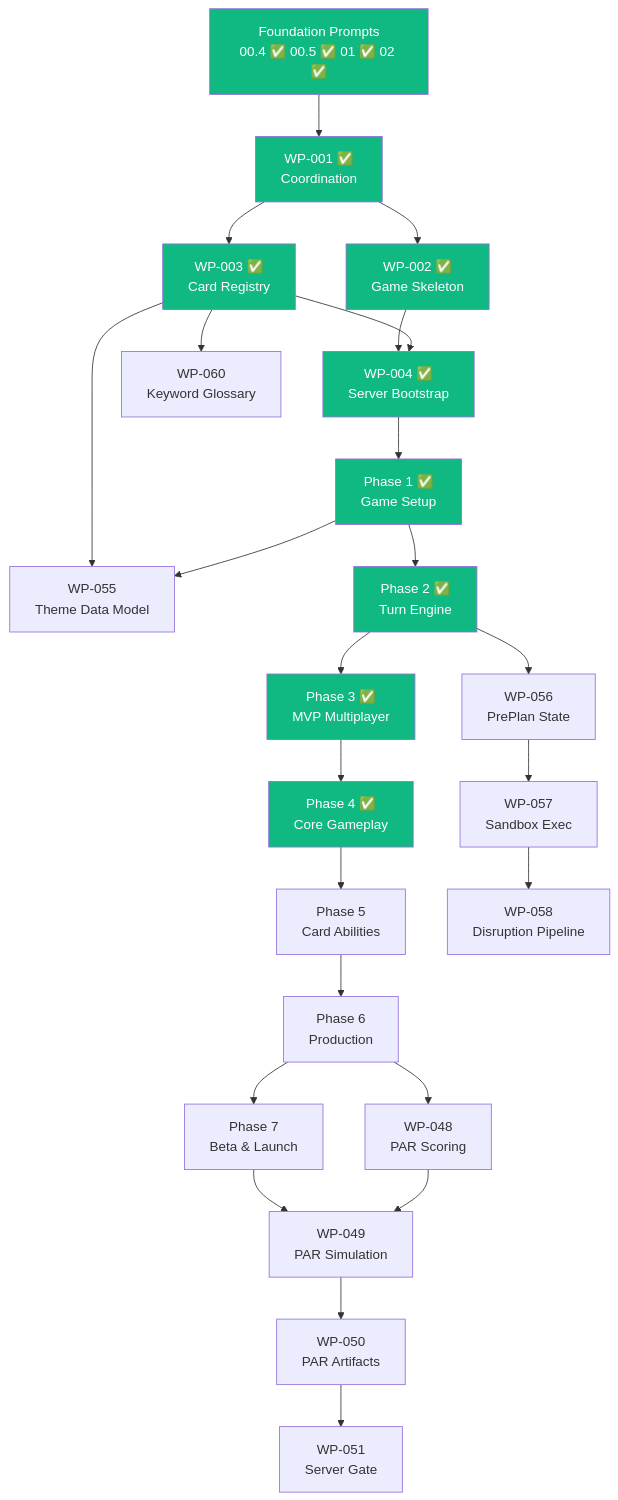
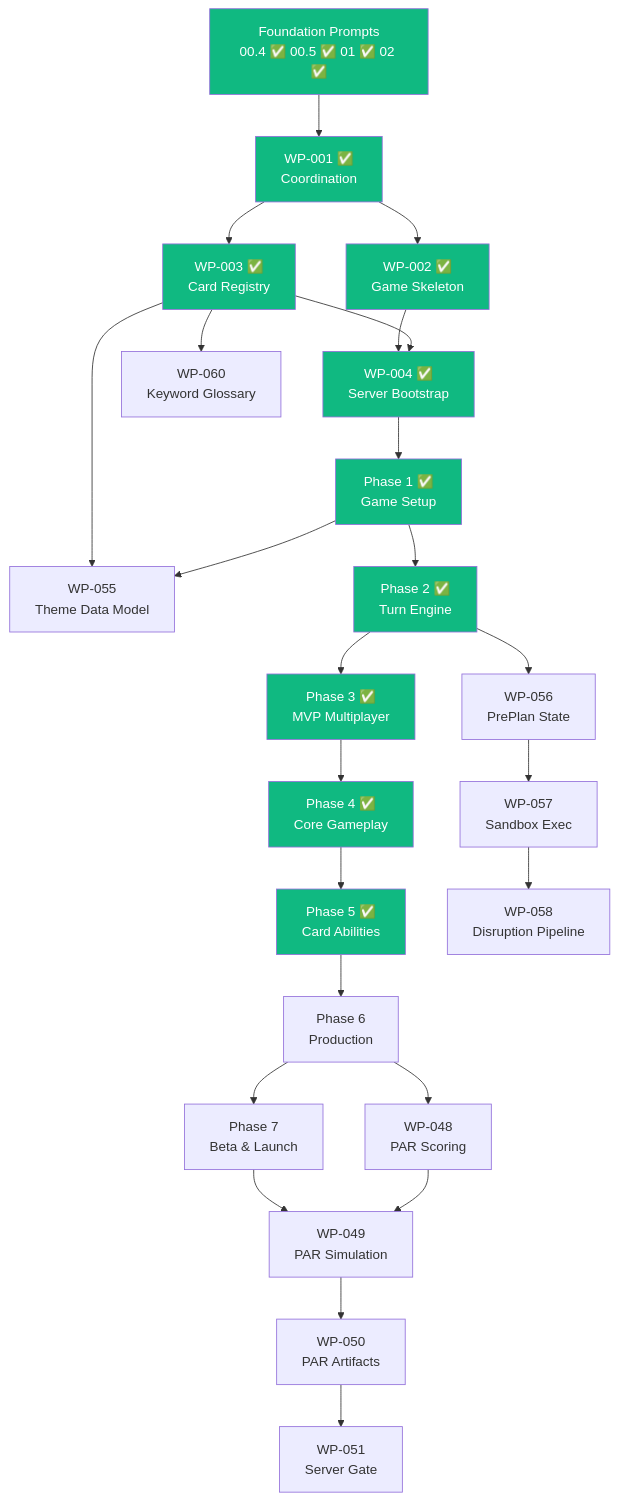
One commit to barefootbetters/legendary-arena changed the diagram in docs/05-ROADMAP.md. Above: the diagram before and after it, drawn with Mermaid. The commit also changed other lines of this file, not shown here.

Commit message:
SPEC: update roadmap for Phase 5 completion (WP-021 through WP-026, 314 tests)

````diff
--- a/docs/05-ROADMAP.md
+++ b/docs/05-ROADMAP.md
@@ -211,35 +219,36 @@
 ```mermaid
 flowchart TD
     FP["Foundation Prompts\n00.4 ✅ 00.5 ✅ 01 ✅ 02 ✅"] --> WP001["WP-001 ✅\nCoordination"]
     WP001 --> WP002["WP-002 ✅\nGame Skeleton"]
     WP001 --> WP003["WP-003 ✅\nCard Registry"]
     WP002 --> WP004["WP-004 ✅\nServer Bootstrap"]
     WP003 --> WP004
     WP003 --> WP055["WP-055\nTheme Data Model"]
     WP003 --> WP060["WP-060\nKeyword Glossary"]
     WP004 --> Phase1["Phase 1 ✅\nGame Setup"]
     Phase1 --> WP055
     Phase1 --> Phase2["Phase 2 ✅\nTurn Engine"]
     Phase2 --> Phase3["Phase 3 ✅\nMVP Multiplayer"]
     Phase3 --> Phase4["Phase 4 ✅\nCore Gameplay"]
-    Phase4 --> Phase5["Phase 5\nCard Abilities"]
+    Phase4 --> Phase5["Phase 5 ✅\nCard Abilities"]
     Phase5 --> Phase6["Phase 6\nProduction"]
     Phase6 --> Phase7["Phase 7\nBeta & Launch"]
     Phase6 --> WP048["WP-048\nPAR Scoring"]
     Phase7 --> WP049["WP-049\nPAR Simulation"]
     WP048 --> WP049
     WP049 --> WP050["WP-050\nPAR Artifacts"]
     WP050 --> WP051["WP-051\nServer Gate"]
     Phase2 --> WP056["WP-056\nPrePlan State"]
     WP056 --> WP057["WP-057\nSandbox Exec"]
     WP057 --> WP058["WP-058\nDisruption Pipeline"]
     style FP fill:#10b981,color:#fff
     style WP001 fill:#10b981,color:#fff
     style WP002 fill:#10b981,color:#fff
     style WP003 fill:#10b981,color:#fff
     style WP004 fill:#10b981,color:#fff
     style Phase1 fill:#10b981,color:#fff
     style Phase2 fill:#10b981,color:#fff
     style Phase3 fill:#10b981,color:#fff
     style Phase4 fill:#10b981,color:#fff
+    style Phase5 fill:#10b981,color:#fff
 ```
````
